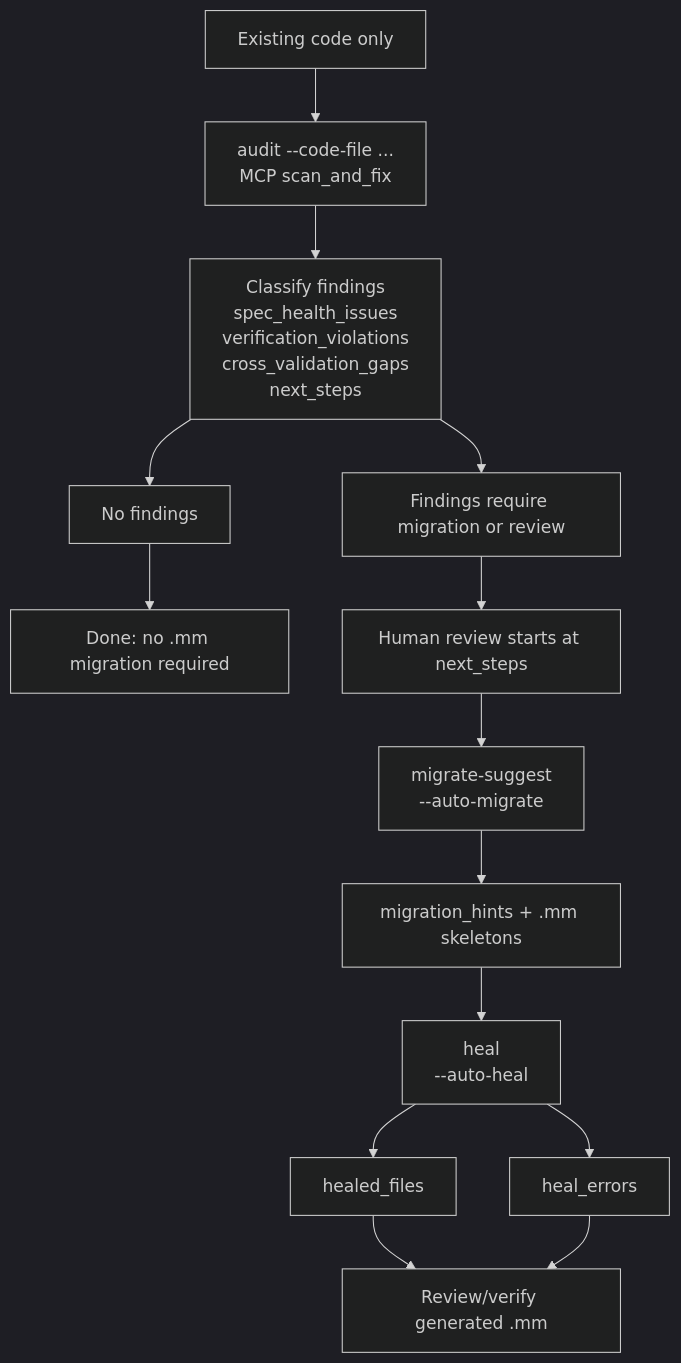
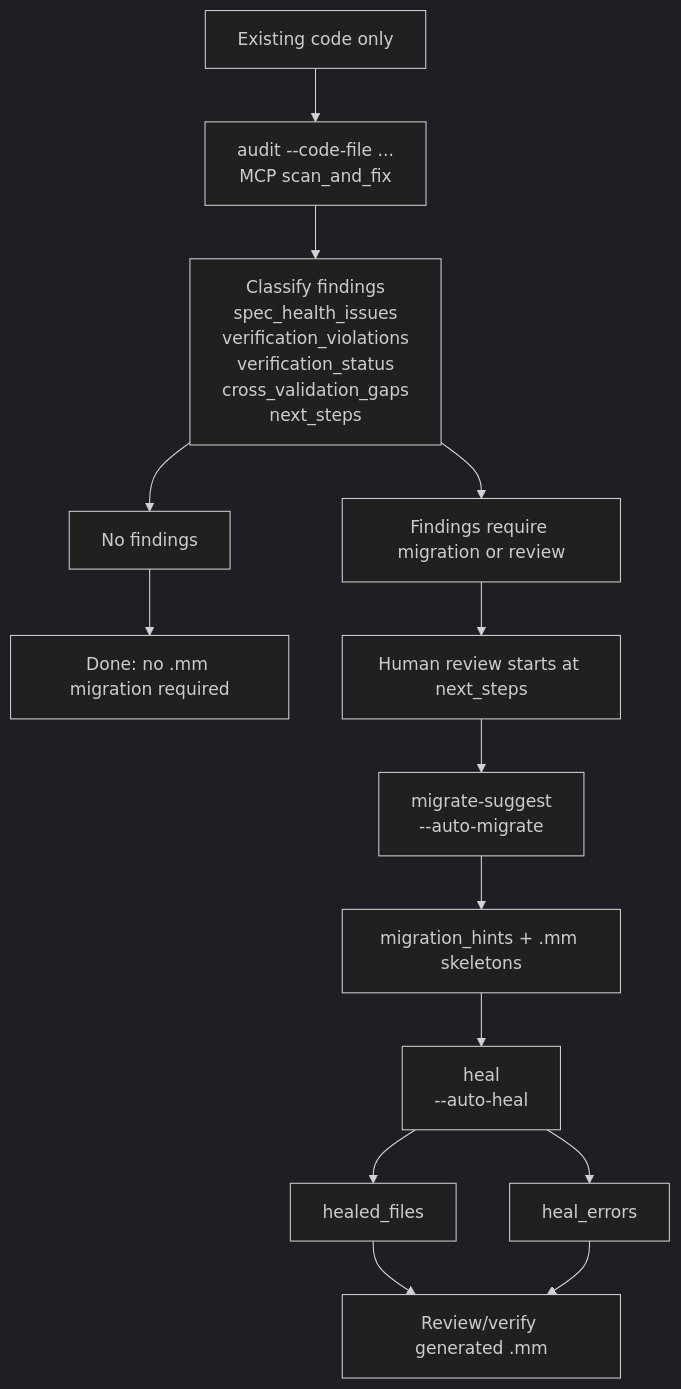
One commit to mumei-lang/mumei-agent changed the diagram in docs/VERIFICATION_WORKFLOW_GUIDE.md. Above: the diagram before and after it, drawn with Mermaid (dark theme).

Commit message:
docs(human-review): include verification_status in no-.mm mermaid diagram

````diff
--- a/docs/VERIFICATION_WORKFLOW_GUIDE.md
+++ b/docs/VERIFICATION_WORKFLOW_GUIDE.md
@@ -31,16 +31,16 @@
 ```mermaid
 flowchart TD
     input["Existing code only"] --> entry["audit --code-file ...<br/>MCP scan_and_fix"]
-    entry --> classify["Classify findings<br/>spec_health_issues<br/>verification_violations<br/>cross_validation_gaps<br/>next_steps"]
+    entry --> classify["Classify findings<br/>spec_health_issues<br/>verification_violations<br/>verification_status<br/>cross_validation_gaps<br/>next_steps"]
     classify --> clean["No findings"]
     clean --> done["Done: no .mm migration required"]
     classify --> findings["Findings require migration or review"]
     findings --> review_gate["Human review starts at next_steps"]
     review_gate --> migrate["migrate-suggest<br/>--auto-migrate"]
     migrate --> hints["migration_hints + .mm skeletons"]
     hints --> heal["heal<br/>--auto-heal"]
     heal --> healed["healed_files"]
     heal --> errors["heal_errors"]
     healed --> final_review["Review/verify generated .mm"]
     errors --> final_review
 ```
````
